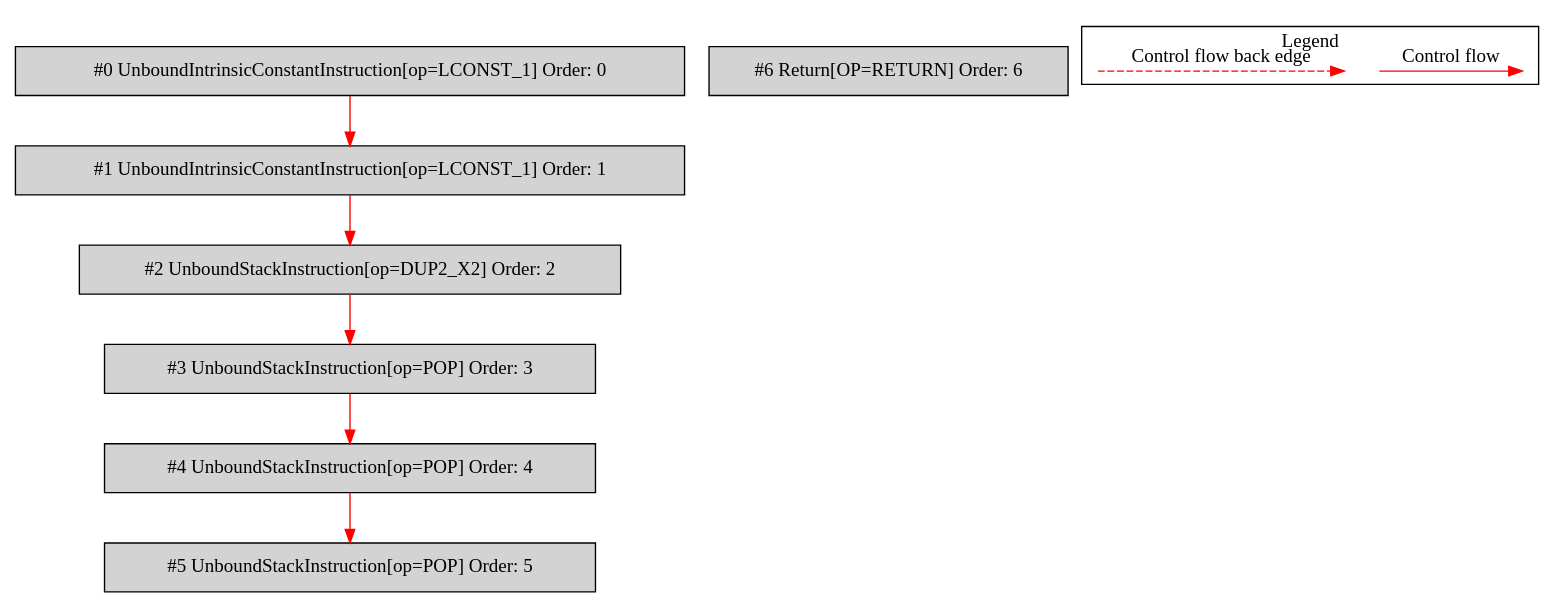
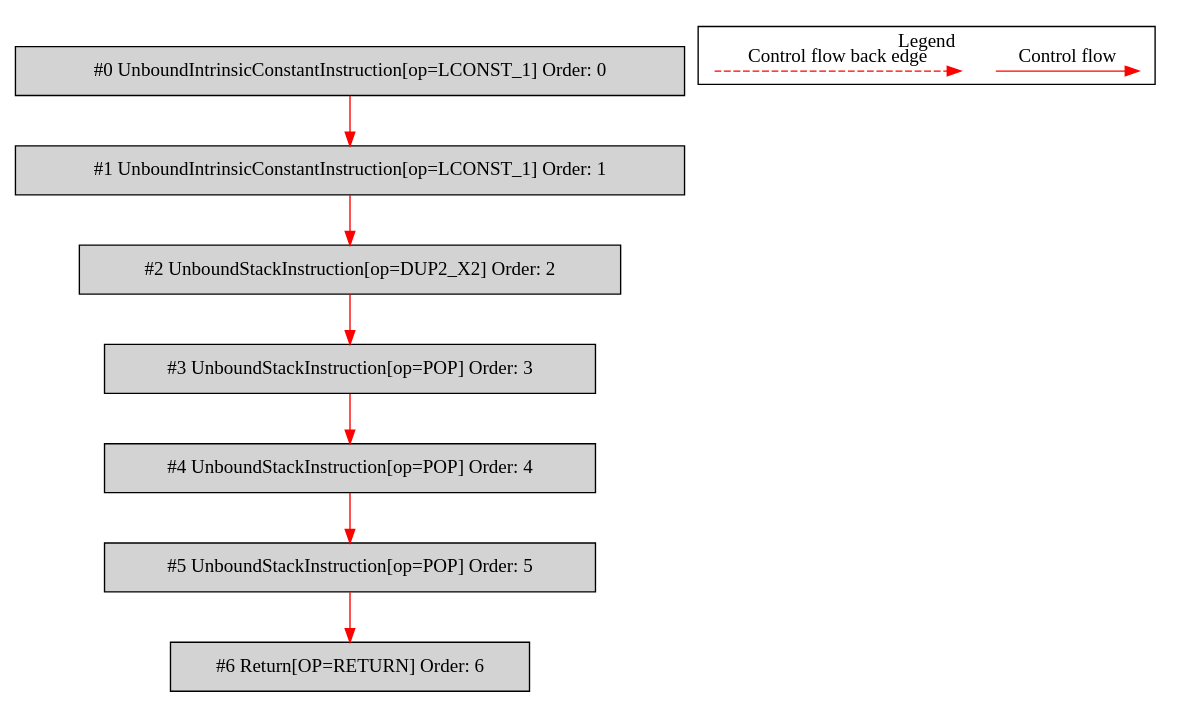
One commit to mirkosertic/MetaIR changed the diagram in de.mirkosertic.metair.ir.OpcodeDUP2X2Test/test_DUP2X2_form4/bytecodecfg.dot. Above: the diagram before and after it, drawn with Graphviz. The commit also changed 649 other files, not shown here.

```diff
--- a/de.mirkosertic.metair.ir.OpcodeDUP2X2Test/test_DUP2X2_form4/bytecodecfg.dot
+++ b/de.mirkosertic.metair.ir.OpcodeDUP2X2Test/test_DUP2X2_form4/bytecodecfg.dot
@@ -1,28 +1,29 @@
 digraph {
  node0[label="#0 UnboundIntrinsicConstantInstruction[op=LCONST_1] Order: 0", shape=box, fillcolor=lightgrey, style=filled];
  node1[label="#1 UnboundIntrinsicConstantInstruction[op=LCONST_1] Order: 1", shape=box, fillcolor=lightgrey, style=filled];
  node2[label="#2 UnboundStackInstruction[op=DUP2_X2] Order: 2", shape=box, fillcolor=lightgrey, style=filled];
  node3[label="#3 UnboundStackInstruction[op=POP] Order: 3", shape=box, fillcolor=lightgrey, style=filled];
  node4[label="#4 UnboundStackInstruction[op=POP] Order: 4", shape=box, fillcolor=lightgrey, style=filled];
  node5[label="#5 UnboundStackInstruction[op=POP] Order: 5", shape=box, fillcolor=lightgrey, style=filled];
  node6[label="#6 Return[OP=RETURN] Order: 6", shape=box, fillcolor=lightgrey, style=filled];
  node0 -> node1[color=red];
  node1 -> node2[color=red];
  node2 -> node3[color=red];
  node3 -> node4[color=red];
  node4 -> node5[color=red];
+ node5 -> node6[color=red];
  subgraph cluster_000 {
   label = "Legend";
   node [shape=point]
   {
    rank=same;
    c0 [style = invis];
    c1 [style = invis];
    c2 [style = invis];
    c3 [style = invis];
   }
   c0 -> c1 [label="Control flow", style=solid, color=red]
   c2 -> c3 [label="Control flow back edge", style=dashed, color=red]
  }
 
 }
```
